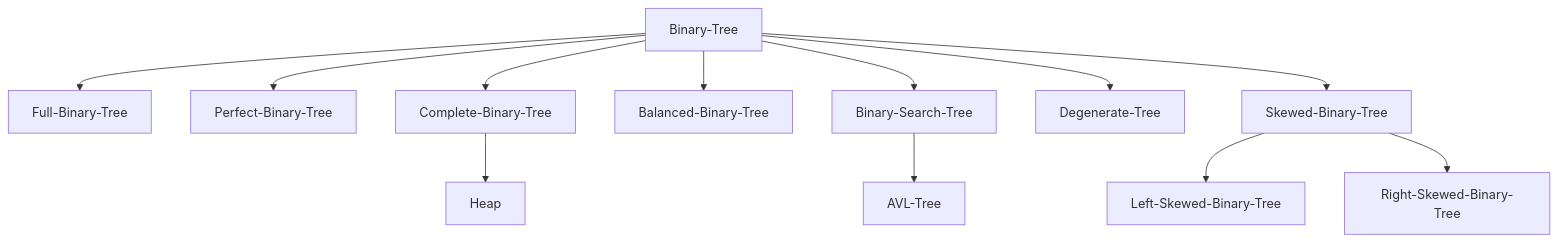
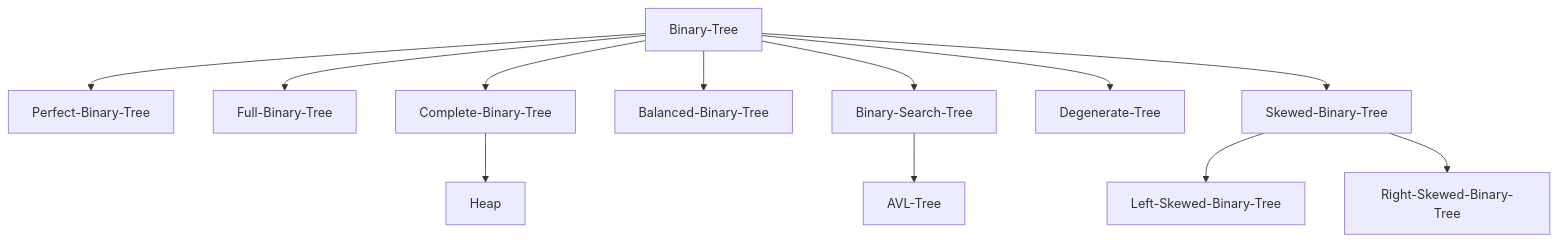
The diagram in non-linear-data-structures/binary-tree.md (sinalotfim/data-structures-and-algorithms), drawn with Mermaid before and after one commit. The commit also changed other lines of this file and 1 other file, not shown here.

Commit message:
Clear out some parts of Tree

````diff
--- a/non-linear-data-structures/binary-tree.md
+++ b/non-linear-data-structures/binary-tree.md
@@ -25,12 +25,12 @@
     ```mermaid
         graph TD;
+            Binary-Tree-->Perfect-Binary-Tree;
             Binary-Tree-->Full-Binary-Tree;
-            Binary-Tree-->Perfect-Binary-Tree;
             Binary-Tree-->Complete-Binary-Tree-->Heap;
             Binary-Tree-->Balanced-Binary-Tree;
             Binary-Tree-->Binary-Search-Tree-->AVL-Tree;
             Binary-Tree-->Degenerate-Tree;
             Binary-Tree-->Skewed-Binary-Tree;
             Skewed-Binary-Tree-->Left-Skewed-Binary-Tree;
             Skewed-Binary-Tree-->Right-Skewed-Binary-Tree;
     ```
````
